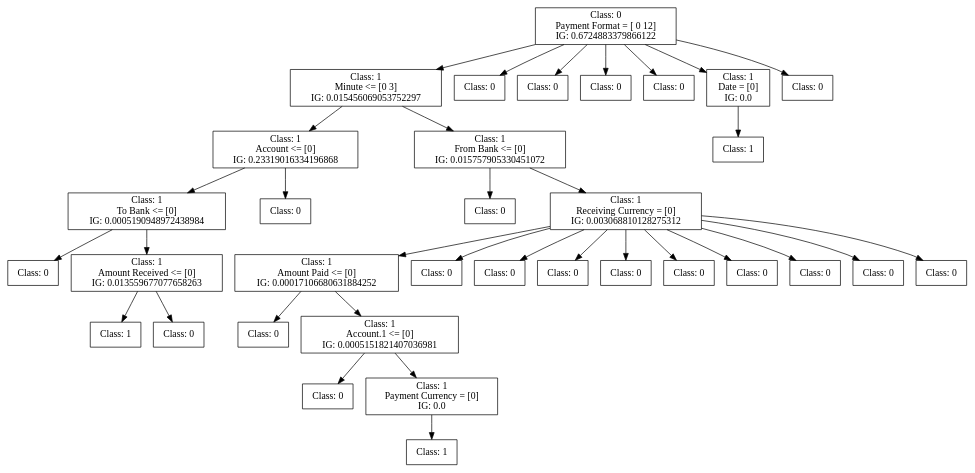
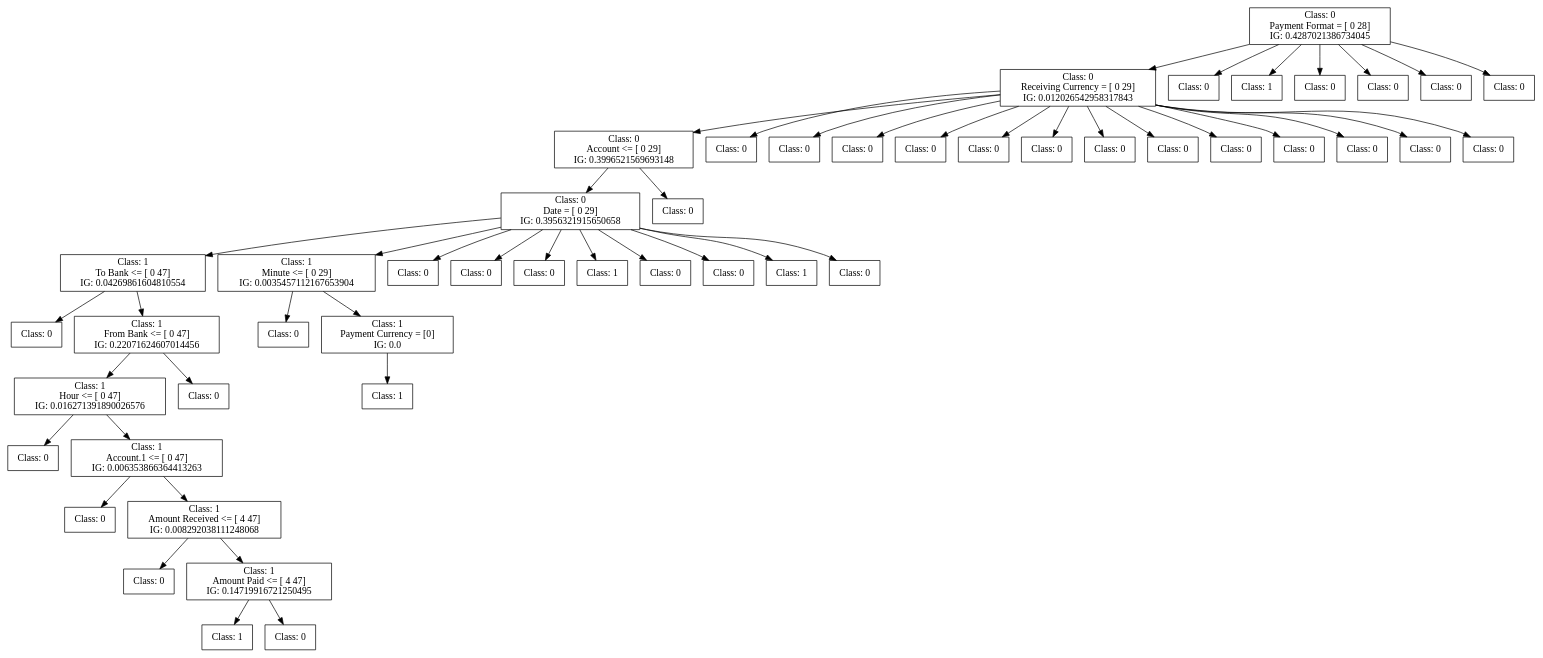
One commit to FedericoBruzzone/anti-money-laundering changed the diagram in dot_figs/tree-id3-oversampling-2.dot. Above: the diagram before and after it, drawn with Graphviz. The commit also changed 28 other files, not shown here.

```diff
--- a/dot_figs/tree-id3-oversampling-2.dot
+++ b/dot_figs/tree-id3-oversampling-2.dot
@@ -1,116 +1,162 @@
 digraph DecisionTree {
 	rankdir=TD;
 	node [shape=box];
-	2150827642016 [label="Class: 0
-Payment Format = [ 0 12]
-IG: 0.6724883379866122"];
-	2150864722704 [label="Class: 1
-Minute <= [0 3]
-IG: 0.015456069053752297"];
-	2150827642016 -> 2150864722704;
-	2150864731968 [label="Class: 1
-Account <= [0]
-IG: 0.23319016334196868"];
-	2150864722704 -> 2150864731968;
-	2150892034448 [label="Class: 1
-To Bank <= [0]
-IG: 0.0005190948972438984"];
-	2150864731968 -> 2150892034448;
-	2150827646576 [label="Class: 0
+	1903593376016 [label="Class: 0
+Payment Format = [ 0 28]
+IG: 0.4287021386734045"];
+	1903593386288 [label="Class: 0
+Receiving Currency = [ 0 29]
+IG: 0.012026542958317843"];
+	1903593376016 -> 1903593386288;
+	1903593380672 [label="Class: 0
+Account <= [ 0 29]
+IG: 0.3996521569693148"];
+	1903593386288 -> 1903593380672;
+	1903593387920 [label="Class: 0
+Date = [ 0 29]
+IG: 0.3956321915650658"];
+	1903593380672 -> 1903593387920;
+	1903593387344 [label="Class: 1
+To Bank <= [ 0 47]
+IG: 0.04269861604810554"];
+	1903593387920 -> 1903593387344;
+	1903593389216 [label="Class: 0
 "];
-	2150892034448 -> 2150827646576;
-	2150827648352 [label="Class: 1
-Amount Received <= [0]
-IG: 0.013559677077658263"];
-	2150892034448 -> 2150827648352;
-	2150864716224 [label="Class: 1
+	1903593387344 -> 1903593389216;
+	1903593389648 [label="Class: 1
+From Bank <= [ 0 47]
+IG: 0.22071624607014456"];
+	1903593387344 -> 1903593389648;
+	1903593389936 [label="Class: 1
+Hour <= [ 0 47]
+IG: 0.016271391890026576"];
+	1903593389648 -> 1903593389936;
+	1903593389552 [label="Class: 0
 "];
-	2150827648352 -> 2150864716224;
-	2150864717760 [label="Class: 0
+	1903593389936 -> 1903593389552;
+	1903593386768 [label="Class: 1
+Account.1 <= [ 0 47]
+IG: 0.006353866364413263"];
+	1903593389936 -> 1903593386768;
+	1903593383984 [label="Class: 0
 "];
-	2150827648352 -> 2150864717760;
-	2150892034880 [label="Class: 0
+	1903593386768 -> 1903593383984;
+	1903593382160 [label="Class: 1
+Amount Received <= [ 4 47]
+IG: 0.008292038111248068"];
+	1903593386768 -> 1903593382160;
+	1905423632416 [label="Class: 0
 "];
-	2150864731968 -> 2150892034880;
-	2150864725488 [label="Class: 1
-From Bank <= [0]
-IG: 0.015757905330451072"];
-	2150864722704 -> 2150864725488;
-	2150864720160 [label="Class: 0
+	1903593382160 -> 1905423632416;
+	1905423632848 [label="Class: 1
+Amount Paid <= [ 4 47]
+IG: 0.14719916721250495"];
+	1903593382160 -> 1905423632848;
+	1905423633136 [label="Class: 1
 "];
-	2150864725488 -> 2150864720160;
-	2150864728032 [label="Class: 1
-Receiving Currency = [0]
-IG: 0.003068810128275312"];
-	2150864725488 -> 2150864728032;
-	2150864729520 [label="Class: 1
-Amount Paid <= [0]
-IG: 0.00017106680631884252"];
-	2150864728032 -> 2150864729520;
-	2150892032864 [label="Class: 0
+	1905423632848 -> 1905423633136;
+	1905423633568 [label="Class: 0
 "];
-	2150864729520 -> 2150892032864;
-	2150892033344 [label="Class: 1
-Account.1 <= [0]
-IG: 0.0005151821407036981"];
-	2150864729520 -> 2150892033344;
-	2150892037232 [label="Class: 0
+	1905423632848 -> 1905423633568;
+	1903593390032 [label="Class: 0
 "];
-	2150892033344 -> 2150892037232;
-	2150892032960 [label="Class: 1
+	1903593389648 -> 1903593390032;
+	1903593385952 [label="Class: 1
+Minute <= [ 0 29]
+IG: 0.0035457112167653904"];
+	1903593387920 -> 1903593385952;
+	1905423633856 [label="Class: 0
+"];
+	1903593385952 -> 1905423633856;
+	1905423634288 [label="Class: 1
 Payment Currency = [0]
 IG: 0.0"];
-	2150892033344 -> 2150892032960;
-	2150892038864 [label="Class: 1
+	1903593385952 -> 1905423634288;
+	1905423633808 [label="Class: 1
 "];
-	2150892032960 -> 2150892038864;
-	2150864731056 [label="Class: 0
+	1905423634288 -> 1905423633808;
+	1903593386240 [label="Class: 0
 "];
-	2150864728032 -> 2150864731056;
-	2150864731872 [label="Class: 0
+	1903593387920 -> 1903593386240;
+	1903593387152 [label="Class: 0
 "];
-	2150864728032 -> 2150864731872;
-	2150864728800 [label="Class: 0
+	1903593387920 -> 1903593387152;
+	1903593381920 [label="Class: 0
 "];
-	2150864728032 -> 2150864728800;
-	2150864728656 [label="Class: 0
+	1903593387920 -> 1903593381920;
+	1903593388304 [label="Class: 1
 "];
-	2150864728032 -> 2150864728656;
-	2150864729904 [label="Class: 0
+	1903593387920 -> 1903593388304;
+	1903593385616 [label="Class: 0
 "];
-	2150864728032 -> 2150864729904;
-	2150864730384 [label="Class: 0
+	1903593387920 -> 1903593385616;
+	1903593388400 [label="Class: 0
 "];
-	2150864728032 -> 2150864730384;
-	2150864724672 [label="Class: 0
+	1903593387920 -> 1903593388400;
+	1903593384752 [label="Class: 1
 "];
-	2150864728032 -> 2150864724672;
-	2150864732064 [label="Class: 0
+	1903593387920 -> 1903593384752;
+	1903593387728 [label="Class: 0
 "];
-	2150864728032 -> 2150864732064;
-	2150864731920 [label="Class: 0
+	1903593387920 -> 1903593387728;
+	1903593388352 [label="Class: 0
 "];
-	2150864728032 -> 2150864731920;
-	2150864723040 [label="Class: 0
+	1903593380672 -> 1903593388352;
+	1903593382592 [label="Class: 0
 "];
-	2150827642016 -> 2150864723040;
-	2150864721072 [label="Class: 0
+	1903593386288 -> 1903593382592;
+	1903593383792 [label="Class: 0
 "];
-	2150827642016 -> 2150864721072;
-	2150864722512 [label="Class: 0
+	1903593386288 -> 1903593383792;
+	1903593385664 [label="Class: 0
 "];
-	2150827642016 -> 2150864722512;
-	2150864722176 [label="Class: 0
+	1903593386288 -> 1903593385664;
+	1903593383744 [label="Class: 0
 "];
-	2150827642016 -> 2150864722176;
-	2150864721456 [label="Class: 1
-Date = [0]
-IG: 0.0"];
-	2150827642016 -> 2150864721456;
-	2150892040640 [label="Class: 1
+	1903593386288 -> 1903593383744;
+	1903593382976 [label="Class: 0
 "];
-	2150864721456 -> 2150892040640;
-	2150864718768 [label="Class: 0
+	1903593386288 -> 1903593382976;
+	1903593385232 [label="Class: 0
 "];
-	2150827642016 -> 2150864718768;
+	1903593386288 -> 1903593385232;
+	1903593385808 [label="Class: 0
+"];
+	1903593386288 -> 1903593385808;
+	1903593382304 [label="Class: 0
+"];
+	1903593386288 -> 1903593382304;
+	1903593386384 [label="Class: 0
+"];
+	1903593386288 -> 1903593386384;
+	1903593386912 [label="Class: 0
+"];
+	1903593386288 -> 1903593386912;
+	1903593385136 [label="Class: 0
+"];
+	1903593386288 -> 1903593385136;
+	1903593383264 [label="Class: 0
+"];
+	1903593386288 -> 1903593383264;
+	1903593383888 [label="Class: 0
+"];
+	1903593386288 -> 1903593383888;
+	1903593386624 [label="Class: 0
+"];
+	1903593376016 -> 1903593386624;
+	1903593385040 [label="Class: 1
+"];
+	1903593376016 -> 1903593385040;
+	1903593383648 [label="Class: 0
+"];
+	1903593376016 -> 1903593383648;
+	1903593386096 [label="Class: 0
+"];
+	1903593376016 -> 1903593386096;
+	1903593385856 [label="Class: 0
+"];
+	1903593376016 -> 1903593385856;
+	1903593377744 [label="Class: 0
+"];
+	1903593376016 -> 1903593377744;
 }
```
